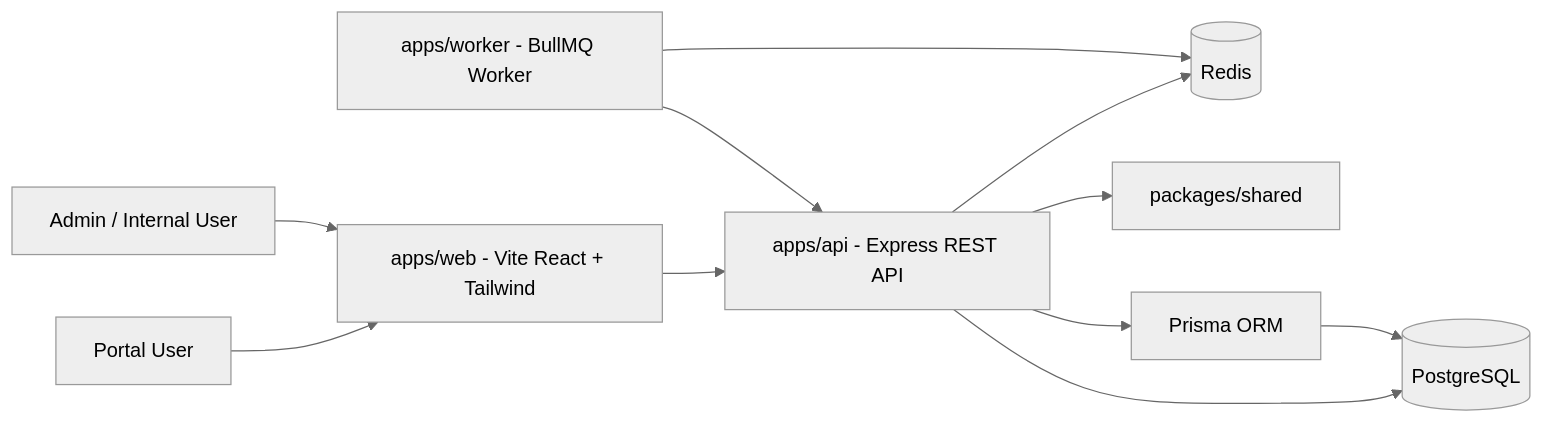
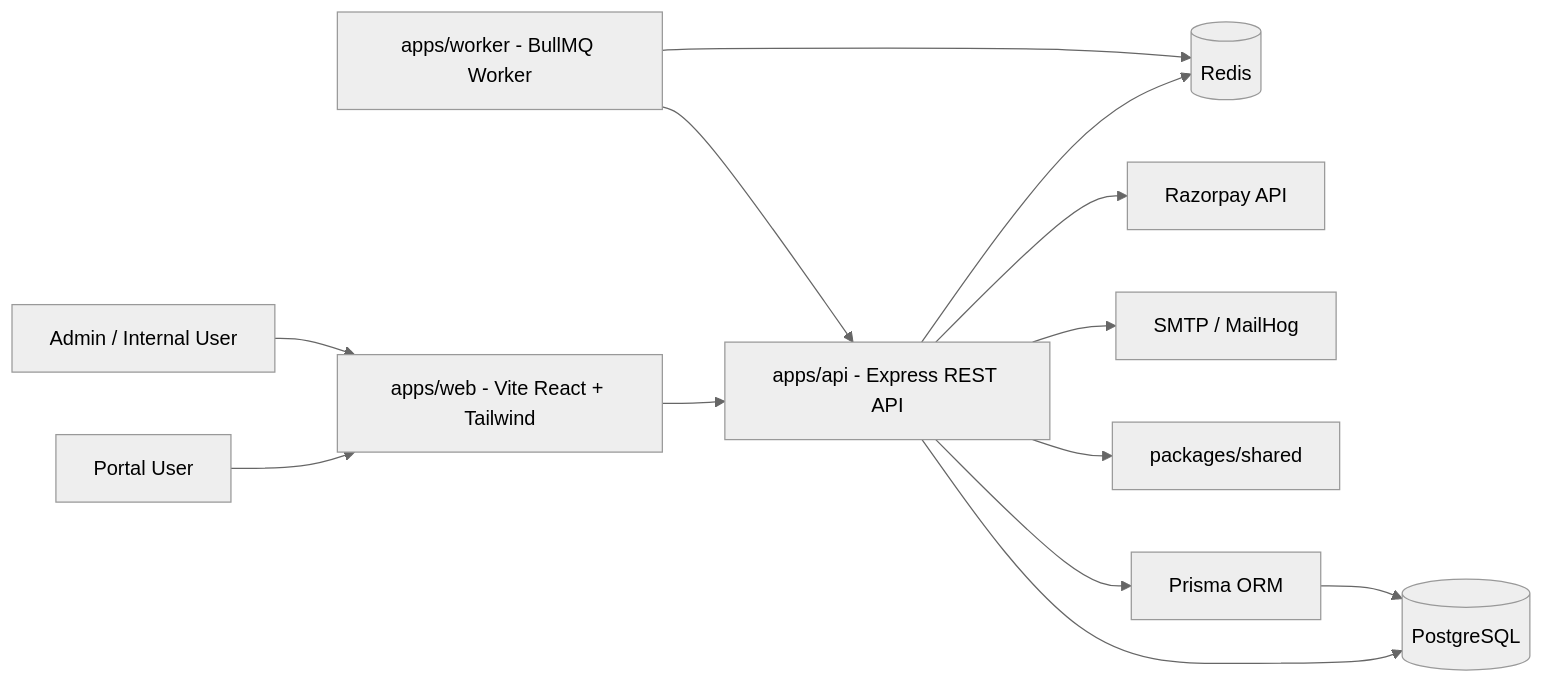
One commit to Kavish0001/Subscription-Management-System--Team-Kavish changed the first of 3 diagrams in README.md. Above: the diagram before and after it, drawn with Mermaid (neutral theme). The commit also changed other lines of this file, not shown here.

````diff
--- a/README.md
+++ b/README.md
@@ -40,15 +96,17 @@
 ```mermaid
 flowchart LR
     User[Portal User] --> Web[apps/web - Vite React + Tailwind]
     Staff[Admin / Internal User] --> Web
 
     Web --> API[apps/api - Express REST API]
     API --> DB[(PostgreSQL)]
     API --> Redis[(Redis)]
+    API --> Razorpay[Razorpay API]
+    API --> SMTP[SMTP / MailHog]
     API --> Shared[packages/shared]
     Worker[apps/worker - BullMQ Worker] --> Redis
     Worker --> API
 
     API --> Prisma[Prisma ORM]
     Prisma --> DB
 ```
````
